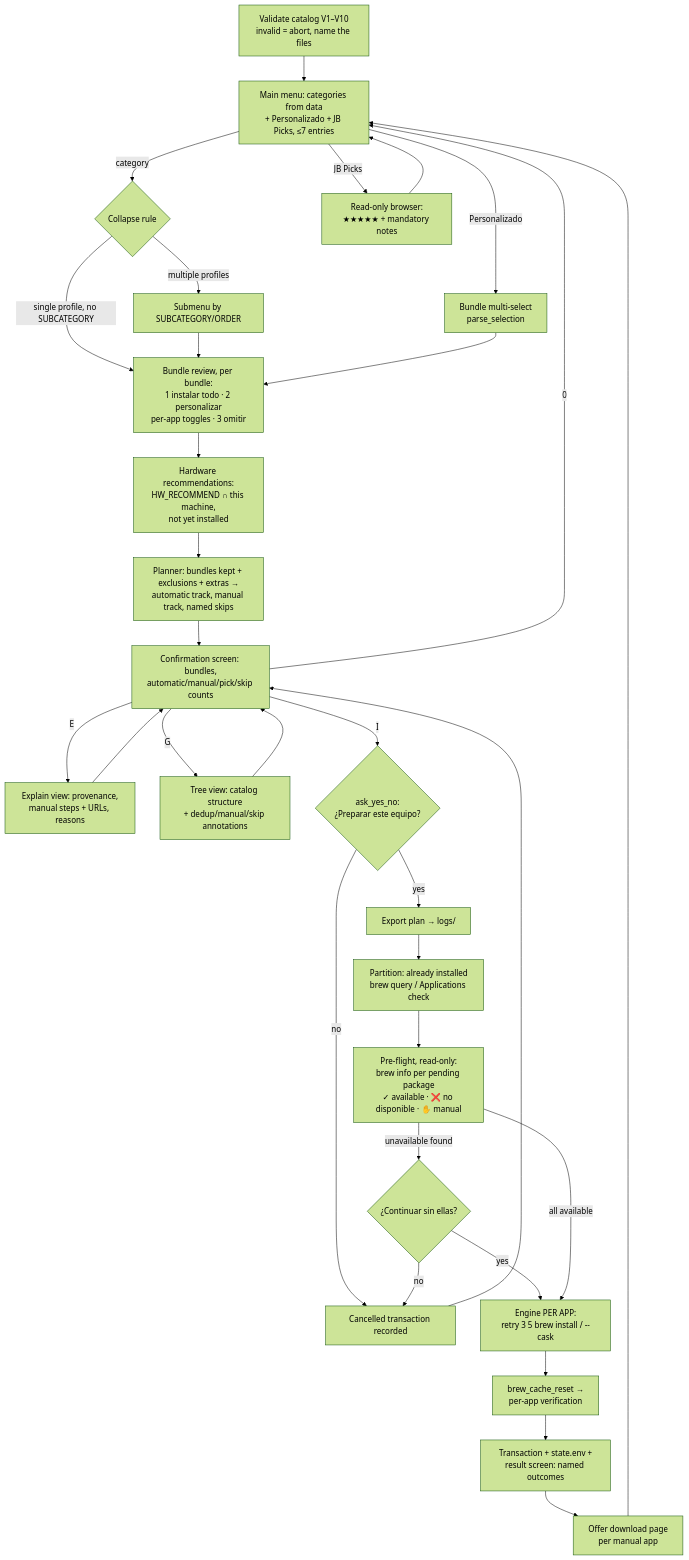
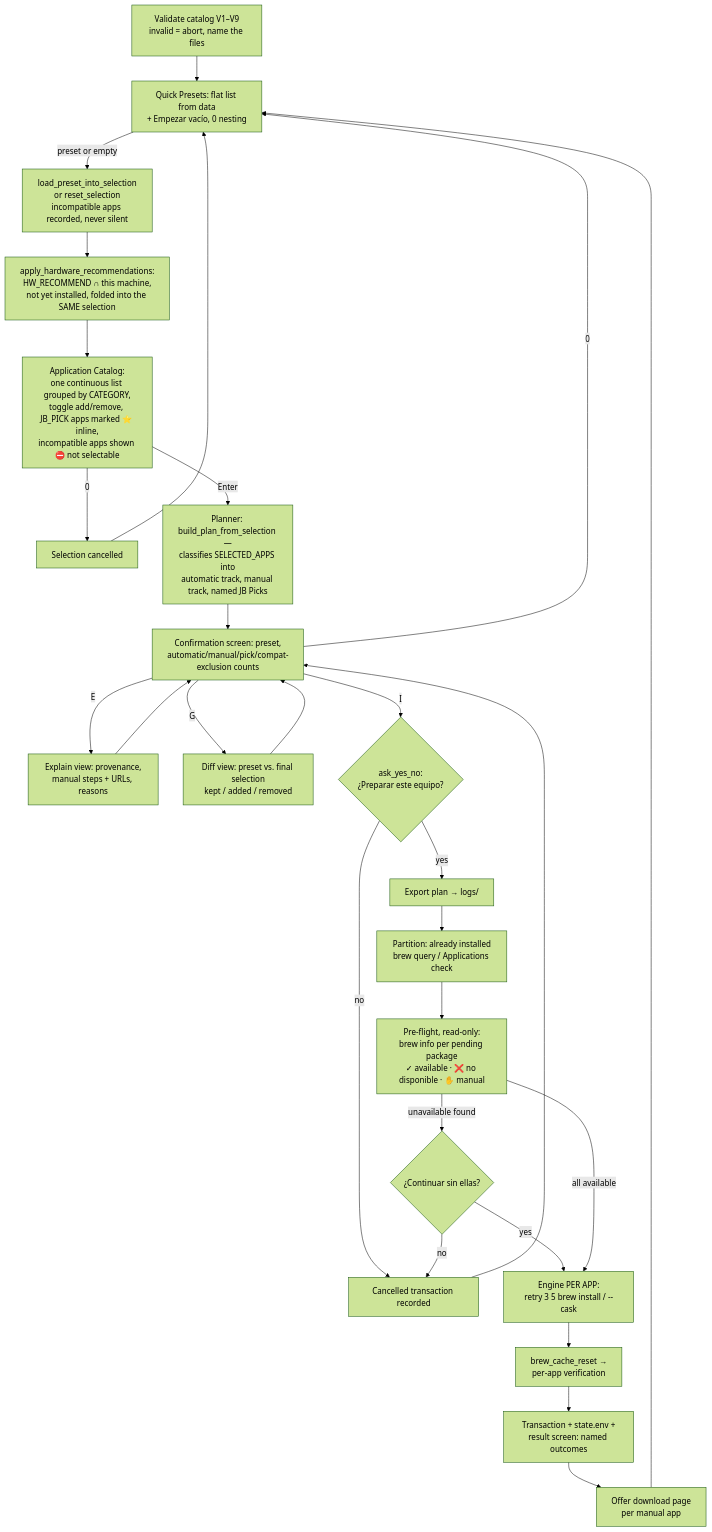
Before and after one commit to JorgeSucre/jb-ToolKit: the fourth of 4 diagrams in docs/Execution-Flow.md, drawn with Mermaid (forest theme). The commit also changed other lines of this file and 105 other files, not shown here.

````diff
--- a/docs/Execution-Flow.md
+++ b/docs/Execution-Flow.md
@@ -107,26 +112,24 @@
 ```mermaid
 flowchart TD
-    A[Validate catalog V1–V10<br/>invalid = abort, name the files] --> B[Main menu: categories from data<br/>+ Personalizado + JB Picks, ≤7 entries]
-    B -->|category| C{Collapse rule}
-    C -->|single profile, no SUBCATEGORY| REV
-    C -->|multiple profiles| D[Submenu by SUBCATEGORY/ORDER] --> REV
-    B -->|Personalizado| F[Bundle multi-select<br/>parse_selection] --> REV
-    B -->|JB Picks| P[Read-only browser:<br/>★★★★★ + mandatory notes] --> B
-    REV[Bundle review, per bundle:<br/>1 instalar todo · 2 personalizar<br/>per-app toggles · 3 omitir] --> HW[Hardware recommendations:<br/>HW_RECOMMEND ∩ this machine,<br/>not yet installed]
-    HW --> E[Planner: bundles kept + exclusions + extras →<br/>automatic track, manual track, named skips]
-    E --> H[Confirmation screen: bundles,<br/>automatic/manual/pick/skip counts]
+    A[Validate catalog V1–V9<br/>invalid = abort, name the files] --> B[Quick Presets: flat list from data<br/>+ Empezar vacío, 0 nesting]
+    B -->|preset or empty| LOAD[load_preset_into_selection<br/>or reset_selection<br/>incompatible apps recorded, never silent]
+    LOAD --> HWFOLD[apply_hardware_recommendations:<br/>HW_RECOMMEND ∩ this machine,<br/>not yet installed, folded into the SAME selection]
+    HWFOLD --> CAT[Application Catalog:<br/>one continuous list grouped by CATEGORY,<br/>toggle add/remove, JB_PICK apps marked ⭐ inline,<br/>incompatible apps shown ⛔ not selectable]
+    CAT -->|0| CANC0[Selection cancelled] --> B
+    CAT -->|Enter| E[Planner: build_plan_from_selection —<br/>classifies SELECTED_APPS into<br/>automatic track, manual track, named JB Picks]
+    E --> H[Confirmation screen: preset,<br/>automatic/manual/pick/compat-exclusion counts]
     H -->|E| X[Explain view: provenance,<br/>manual steps + URLs, reasons] --> H
-    H -->|G| T[Tree view: catalog structure<br/>+ dedup/manual/skip annotations] --> H
+    H -->|G| T[Diff view: preset vs. final selection<br/>kept / added / removed] --> H
     H -->|0| B
     H -->|I| GATE{ask_yes_no:<br/>¿Preparar este equipo?}
     GATE -->|no| CANC[Cancelled transaction recorded] --> H
     GATE -->|yes| EXPORT[Export plan → logs/] --> PART[Partition: already installed<br/>brew query / Applications check]
     PART --> PRE[Pre-flight, read-only:<br/>brew info per pending package<br/>✓ available · ❌ no disponible · ✋ manual]
     PRE -->|unavailable found| GATE2{¿Continuar sin ellas?}
     GATE2 -->|no| CANC
     GATE2 -->|yes| ENG
     PRE -->|all available| ENG[Engine PER APP:<br/>retry 3 5 brew install / --cask]
     ENG --> VERIFY[brew_cache_reset →<br/>per-app verification]
     VERIFY --> DONE[Transaction + state.env +<br/>result screen: named outcomes]
     DONE --> URLS[Offer download page<br/>per manual app] --> B
 ```
````
